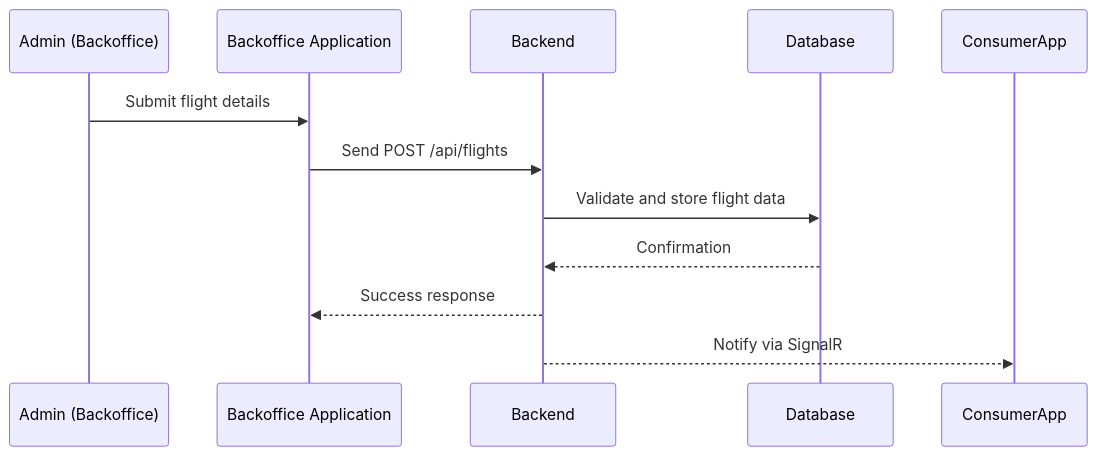
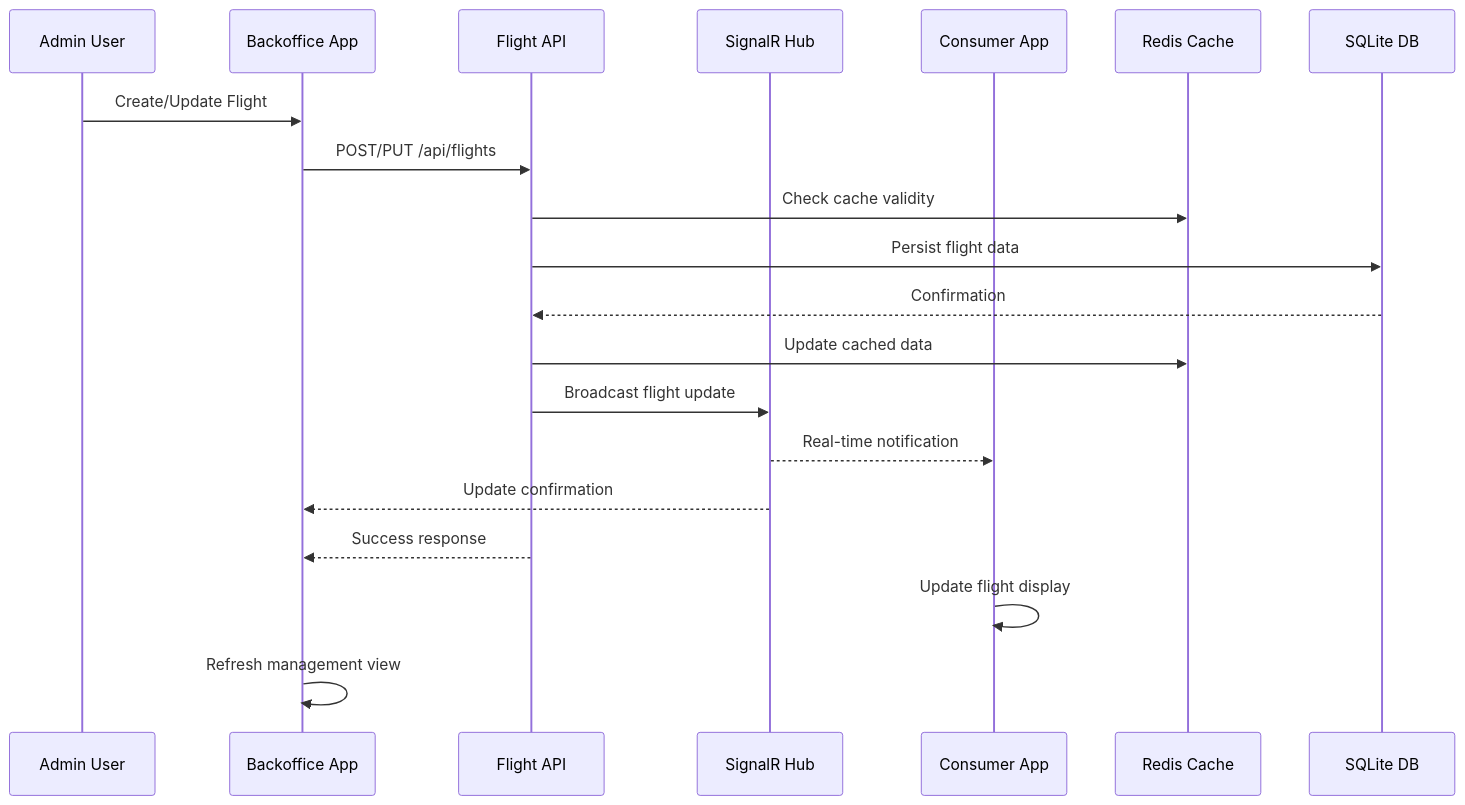
One commit to jsolarz/fligh_board-rt-ms changed the fourth of 11 diagrams in docs/software_design_document.md. Above: the diagram before and after it, drawn with Mermaid. The commit also changed other lines of this file and 66 other files, not shown here.

````diff
--- a/docs/software_design_document.md
+++ b/docs/software_design_document.md
@@ -84,14 +232,23 @@
 ```mermaid
 sequenceDiagram
-    participant Admin as Admin (Backoffice)
-    participant Backoffice as Backoffice Application
-    participant Backend as Backend
-    participant DB as Database
+    participant Admin as Admin User
+    participant Backoffice as Backoffice App
+    participant API as Flight API
+    participant SignalR as SignalR Hub
+    participant Consumer as Consumer App
+    participant Cache as Redis Cache
+    participant DB as SQLite DB
 
-    Admin->>Backoffice: Submit flight details
-    Backoffice->>Backend: Send POST /api/flights
-    Backend->>DB: Validate and store flight data
-    DB-->>Backend: Confirmation
-    Backend-->>Backoffice: Success response
-    Backend-->>ConsumerApp: Notify via SignalR
+    Admin->>Backoffice: Create/Update Flight
+    Backoffice->>API: POST/PUT /api/flights
+    API->>Cache: Check cache validity
+    API->>DB: Persist flight data
+    DB-->>API: Confirmation
+    API->>Cache: Update cached data
+    API->>SignalR: Broadcast flight update
+    SignalR-->>Consumer: Real-time notification
+    SignalR-->>Backoffice: Update confirmation
+    API-->>Backoffice: Success response
+    Consumer->>Consumer: Update flight display
+    Backoffice->>Backoffice: Refresh management view
 ```
````
